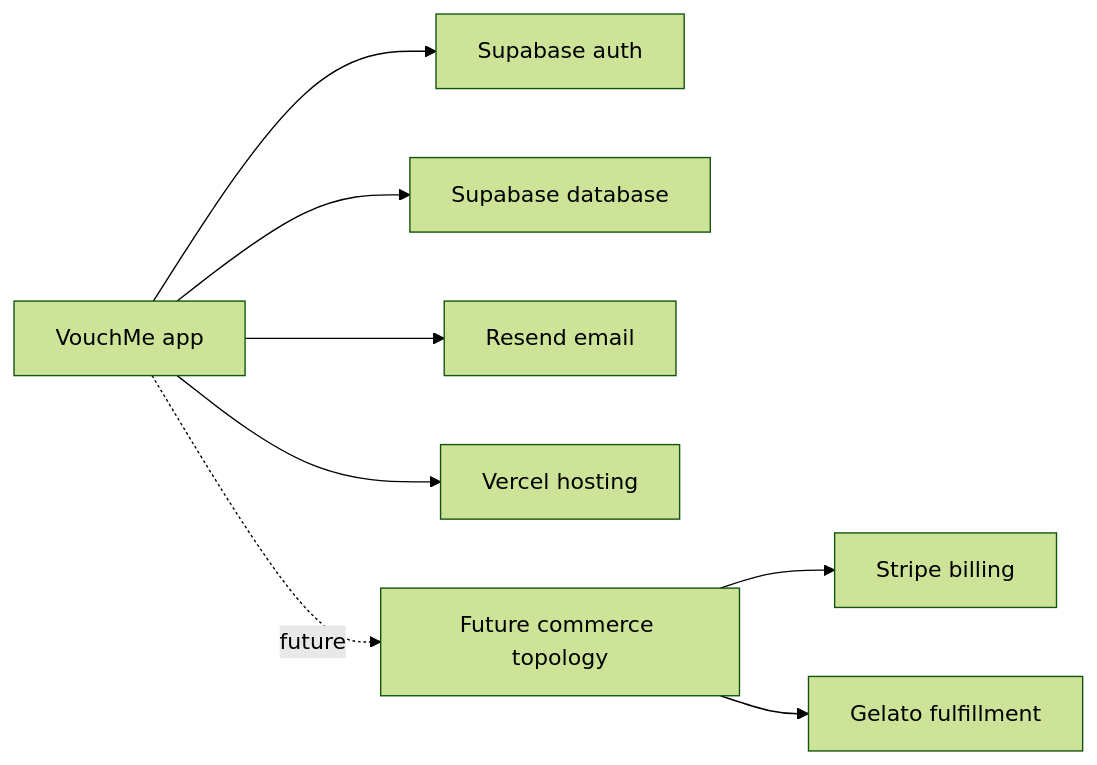
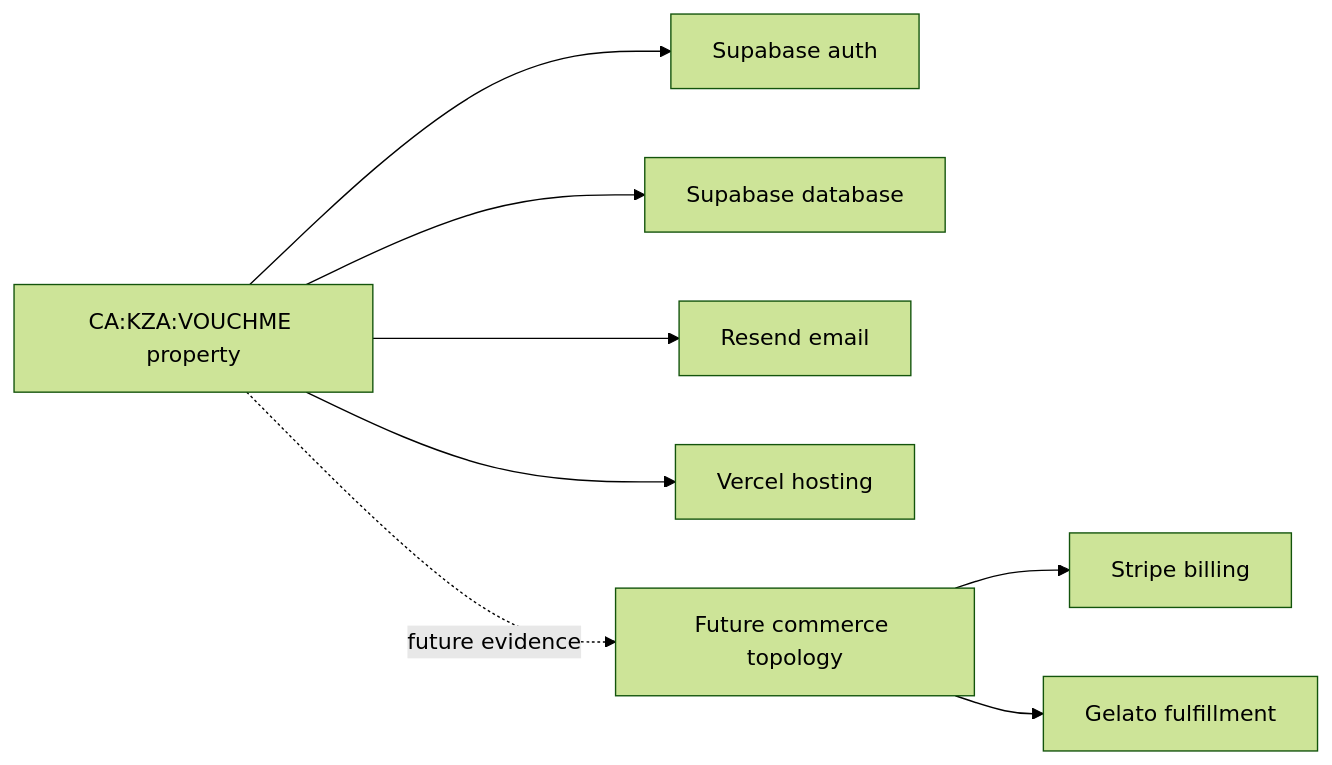
One commit to kza-hps/contextatlas changed the diagram in examples/vouchme/context-atlas/diagrams/L4-integration-map.mmd. Above: the diagram before and after it, drawn with Mermaid (forest theme). The commit also changed 30 other files, not shown here.

```diff
--- a/examples/vouchme/context-atlas/diagrams/L4-integration-map.mmd
+++ b/examples/vouchme/context-atlas/diagrams/L4-integration-map.mmd
@@ -1,8 +1,8 @@
 flowchart LR
-  A["VouchMe app"] --> B["Supabase auth"]
+  A["CA:KZA:VOUCHME property"] --> B["Supabase auth"]
   A --> C["Supabase database"]
   A --> D["Resend email"]
   A --> E["Vercel hosting"]
   F["Future commerce topology"] --> G["Stripe billing"]
   F --> H["Gelato fulfillment"]
-  A -. future .-> F
+  A -. "future evidence" .-> F
```
